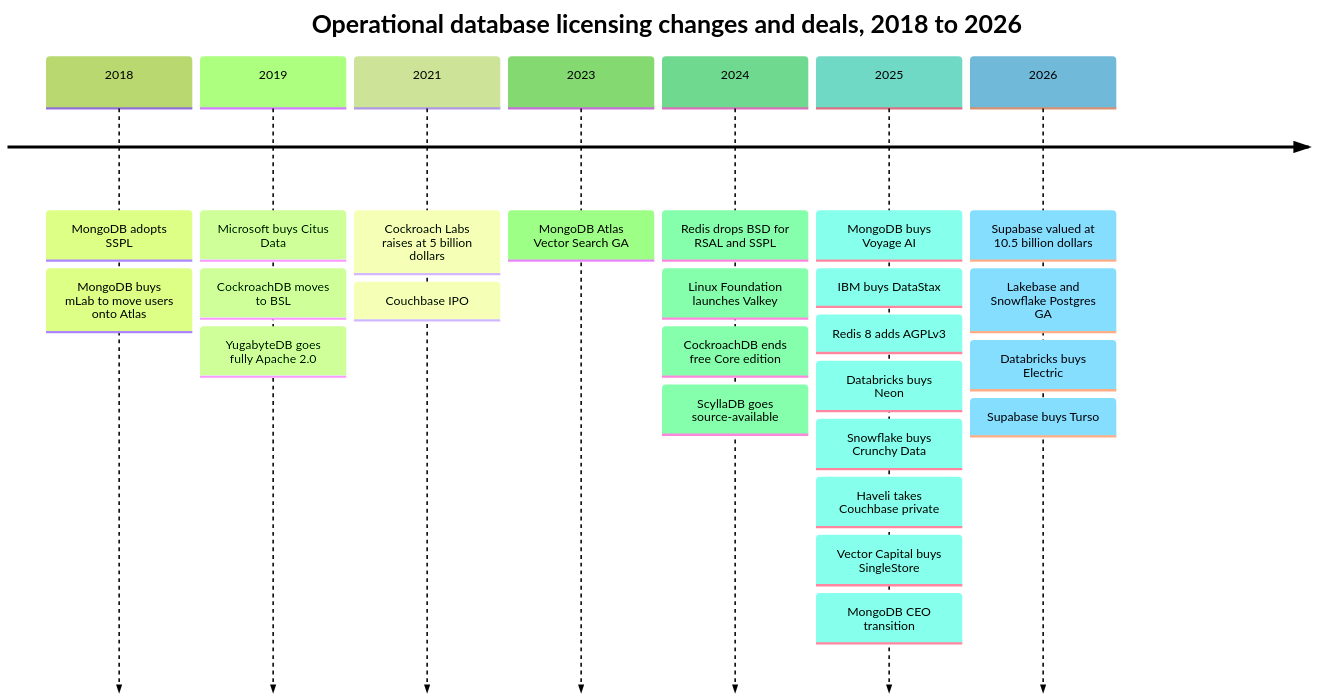
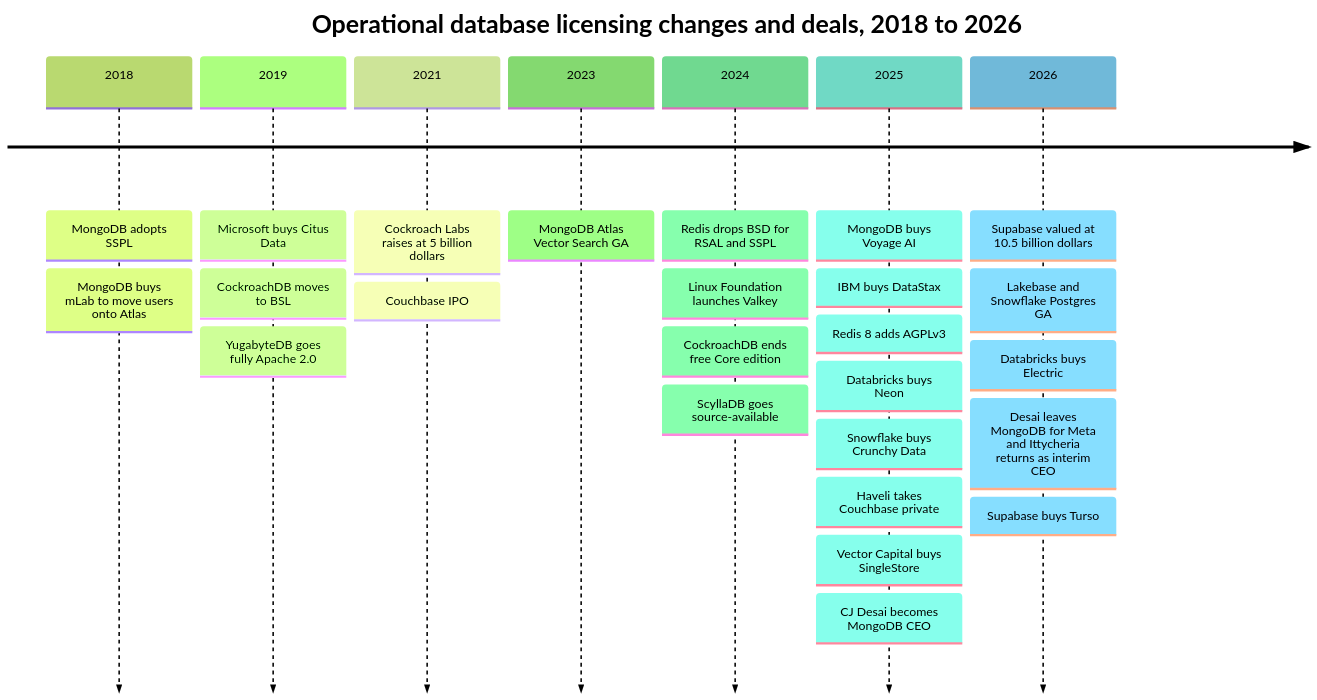
One commit to FrankHuang94/data_tech_db_claude changed the first of 3 diagrams in docs/04-company-deep-dives/ch29-operational-database-vendors.md. Above: the diagram before and after it, drawn with Mermaid (forest theme). The commit also changed other lines of this file and 53 other files, not shown here.

````diff
--- a/docs/04-company-deep-dives/ch29-operational-database-vendors.md
+++ b/docs/04-company-deep-dives/ch29-operational-database-vendors.md
@@ -47,11 +47,11 @@
 ```mermaid
 timeline
     title Operational database licensing changes and deals, 2018 to 2026
     2018 : MongoDB adopts SSPL : MongoDB buys mLab to move users onto Atlas
     2019 : Microsoft buys Citus Data : CockroachDB moves to BSL : YugabyteDB goes fully Apache 2.0
     2021 : Cockroach Labs raises at 5 billion dollars : Couchbase IPO
     2023 : MongoDB Atlas Vector Search GA
     2024 : Redis drops BSD for RSAL and SSPL : Linux Foundation launches Valkey : CockroachDB ends free Core edition : ScyllaDB goes source-available
-    2025 : MongoDB buys Voyage AI : IBM buys DataStax : Redis 8 adds AGPLv3 : Databricks buys Neon : Snowflake buys Crunchy Data : Haveli takes Couchbase private : Vector Capital buys SingleStore : MongoDB CEO transition
-    2026 : Supabase valued at 10.5 billion dollars : Lakebase and Snowflake Postgres GA : Databricks buys Electric : Supabase buys Turso
+    2025 : MongoDB buys Voyage AI : IBM buys DataStax : Redis 8 adds AGPLv3 : Databricks buys Neon : Snowflake buys Crunchy Data : Haveli takes Couchbase private : Vector Capital buys SingleStore : CJ Desai becomes MongoDB CEO
+    2026 : Supabase valued at 10.5 billion dollars : Lakebase and Snowflake Postgres GA : Databricks buys Electric : Desai leaves MongoDB for Meta and Ittycheria returns as interim CEO : Supabase buys Turso
 ```
````
